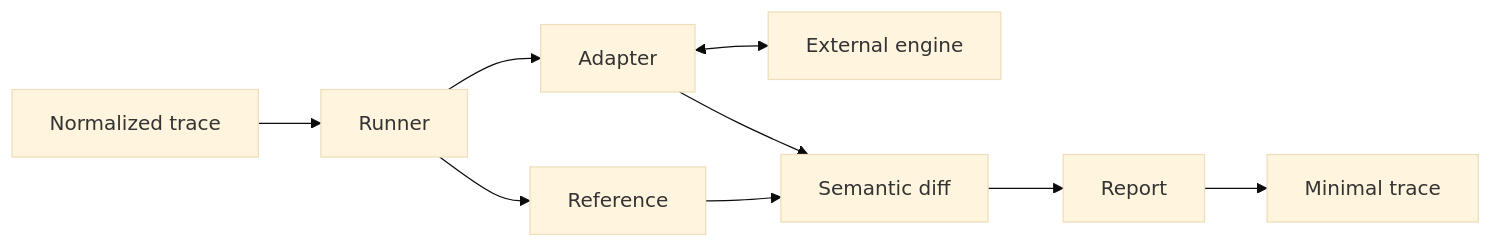
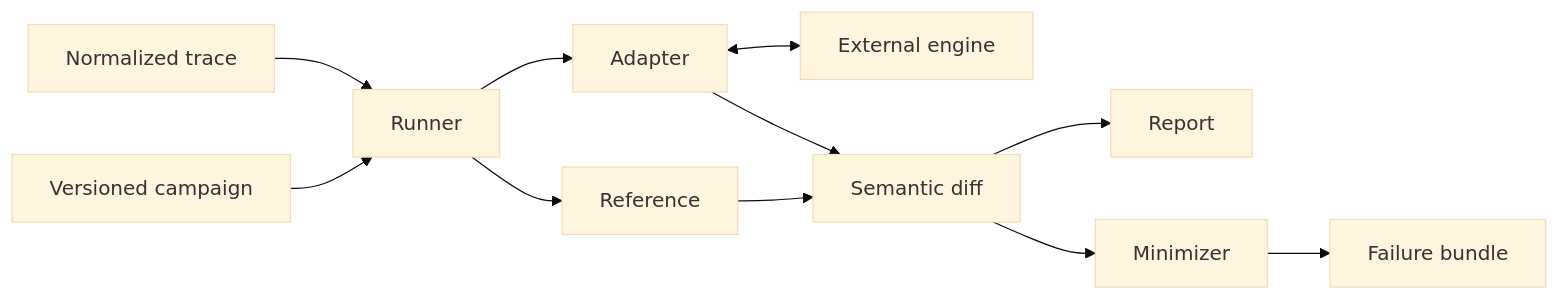
One commit to Taz33m/tracebook changed the first of 3 diagrams in docs/architecture.md. Above: the diagram before and after it, drawn with Mermaid (base theme). The commit also changed other lines of this file and 22 other files, not shown here.

````diff
--- a/docs/architecture.md
+++ b/docs/architecture.md
@@ -10,10 +10,12 @@
 ```mermaid
 flowchart LR
-    T["Normalized trace"] --> R["Runner"]
+    G["Versioned campaign"] --> R["Runner"]
+    T["Normalized trace"] --> R
     R --> O["Reference"]
     R --> A["Adapter"]
     A <--> E["External engine"]
     O --> D["Semantic diff"]
     A --> D
-    D --> P["Report"] --> M["Minimal trace"]
+    D --> P["Report"]
+    D --> M["Minimizer"] --> B["Failure bundle"]
 ```
````
